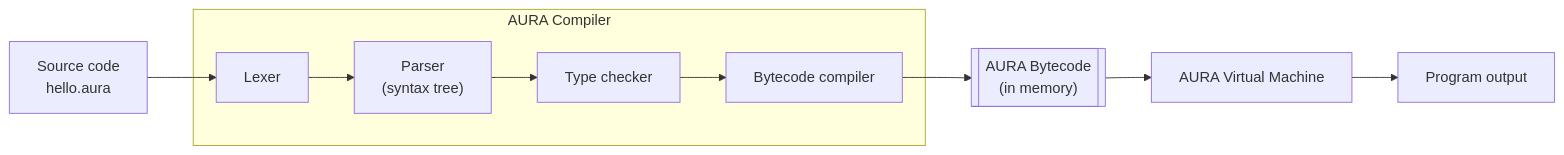
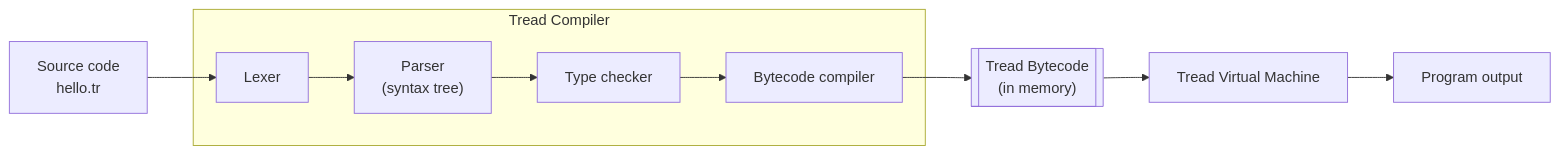
One commit to sarvessveeriyah2312/AURA-Advanced_Unified_Runtime_Architecture changed the diagram in README.md. Above: the diagram before and after it, drawn with Mermaid. The commit also changed other lines of this file and 110 other files, not shown here.

````diff
--- a/README.md
+++ b/README.md
@@ -107,16 +111,16 @@
 ``` mermaid
 flowchart LR
-    A["Source code<br/>hello.aura"] --> B[Lexer]
+    A["Source code<br/>hello.tr"] --> B[Lexer]
     B --> C["Parser<br/>(syntax tree)"]
     C --> D[Type checker]
     D --> E[Bytecode compiler]
-    E --> F[["AURA Bytecode<br/>(in memory)"]]
-    F --> G[AURA Virtual Machine]
+    E --> F[["Tread Bytecode<br/>(in memory)"]]
+    F --> G[Tread Virtual Machine]
     G --> H[Program output]
-    subgraph compiler [AURA Compiler]
+    subgraph compiler [Tread Compiler]
         B
         C
         D
         E
     end
 ```
````
